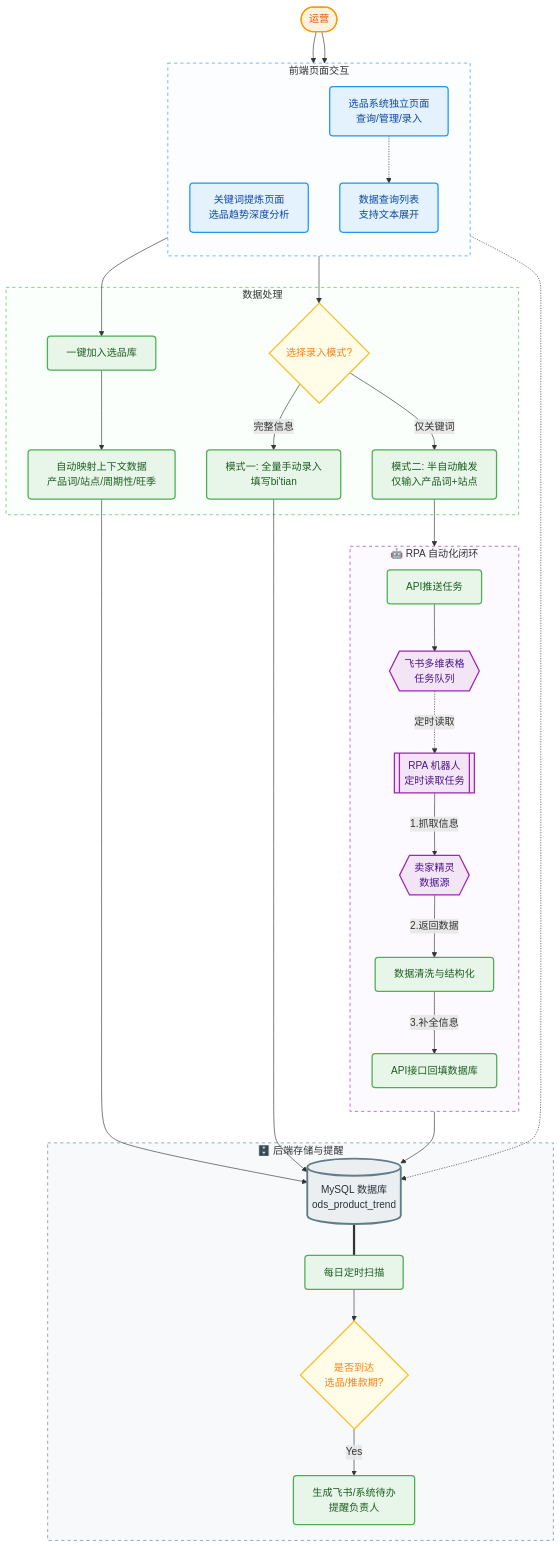
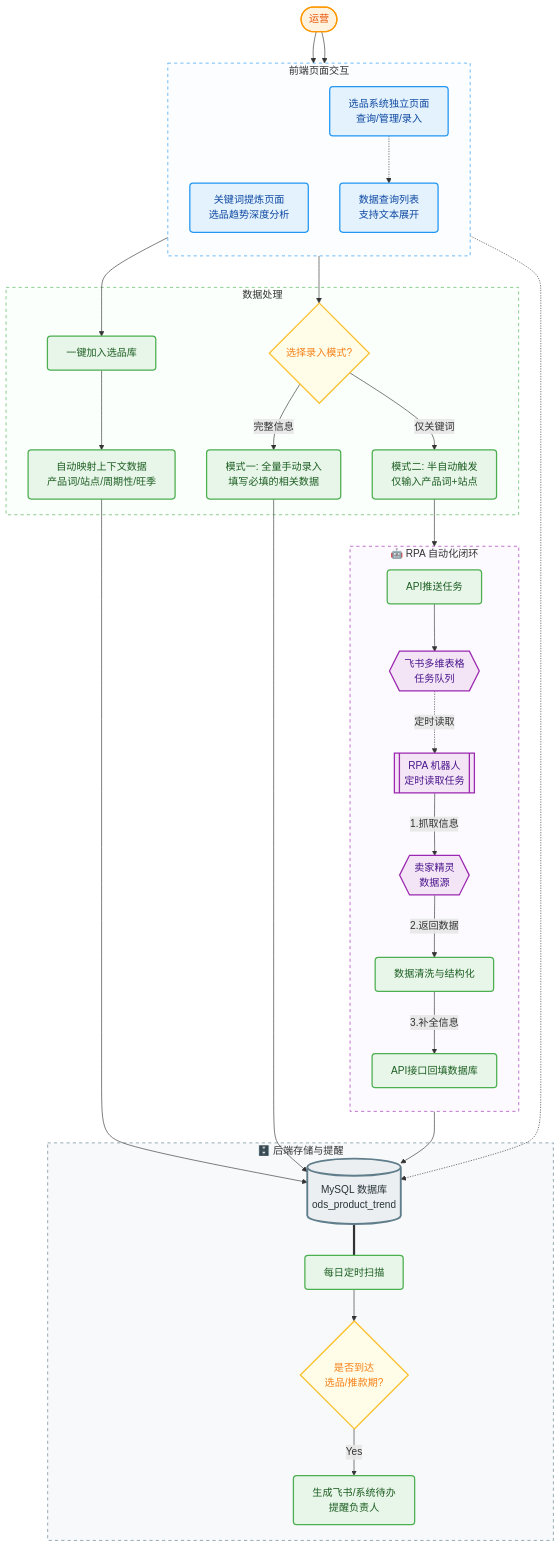
One commit to Fleve-MY/iodraw-files changed the diagram in all/未命名-1.md. Above: the diagram before and after it, drawn with Mermaid.

Commit message:
2026-01-07 17:43:34 update

```diff
--- a/all/未命名-1.md
+++ b/all/未命名-1.md
@@ -26,11 +26,11 @@
         
         InputType{选择录入模式?}:::decisionStyle
         
-        Type1[模式一: 全量手动录入<br>填写bi'tian]:::processStyle
+        Type1[模式一: 全量手动录入<br>填写必填的相关数据]:::processStyle
         Type2[模式二: 半自动触发<br>仅输入产品词+站点]:::processStyle
     end
 
-    %% 区域3：RPA自动化
+    %% RPA自动化
     subgraph RPA_Group [ 🤖 RPA 自动化闭环 ]
         direction TB
         PushFeishu[API推送任务]:::processStyle
```
